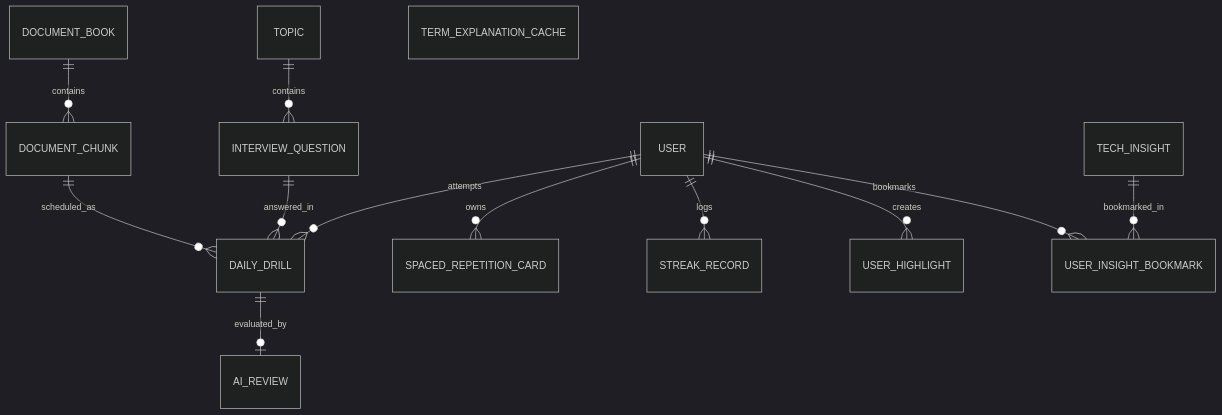
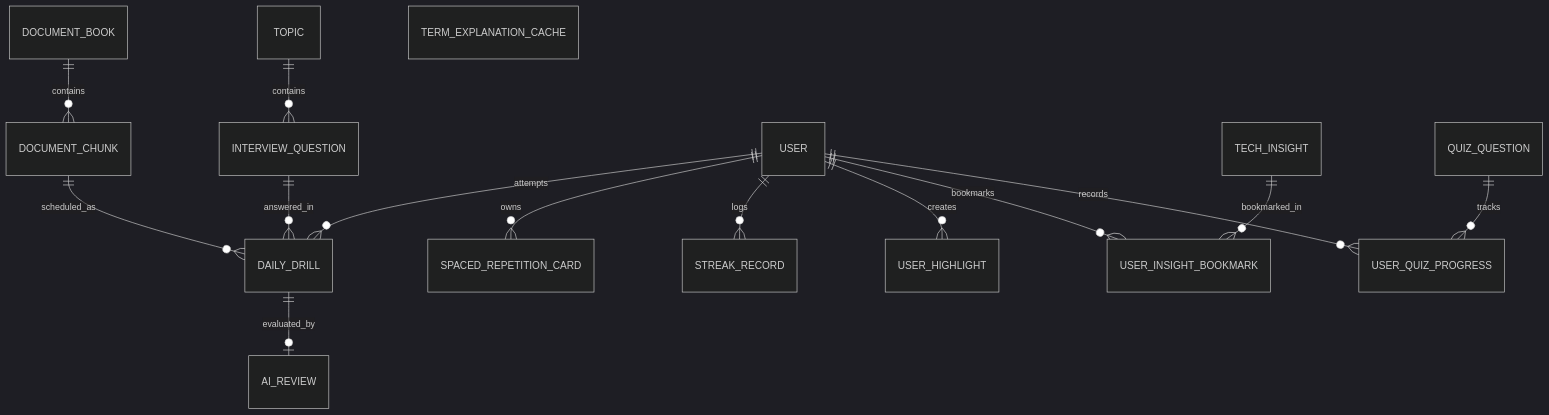
The diagram in docs/database-design.md (Duycld03/techdaily), drawn with Mermaid (dark theme) before and after one commit. The commit also changed other lines of this file and 4 other files, not shown here.

````diff
--- a/docs/database-design.md
+++ b/docs/database-design.md
@@ -10,15 +10,17 @@
 ```mermaid
 erDiagram
     DOCUMENT_BOOK ||--o{ DOCUMENT_CHUNK : contains
     DOCUMENT_CHUNK ||--o{ DAILY_DRILL : scheduled_as
     TOPIC ||--o{ INTERVIEW_QUESTION : contains
     USER ||--o{ DAILY_DRILL : attempts
     INTERVIEW_QUESTION ||--o{ DAILY_DRILL : answered_in
     DAILY_DRILL ||--o| AI_REVIEW : evaluated_by
     USER ||--o{ SPACED_REPETITION_CARD : owns
     USER ||--o{ STREAK_RECORD : logs
     USER ||--o{ USER_HIGHLIGHT : creates
     USER ||--o{ USER_INSIGHT_BOOKMARK : bookmarks
     TECH_INSIGHT ||--o{ USER_INSIGHT_BOOKMARK : bookmarked_in
+    QUIZ_QUESTION ||--o{ USER_QUIZ_PROGRESS : tracks
+    USER ||--o{ USER_QUIZ_PROGRESS : records
     TERM_EXPLANATION_CACHE
 ```
````
